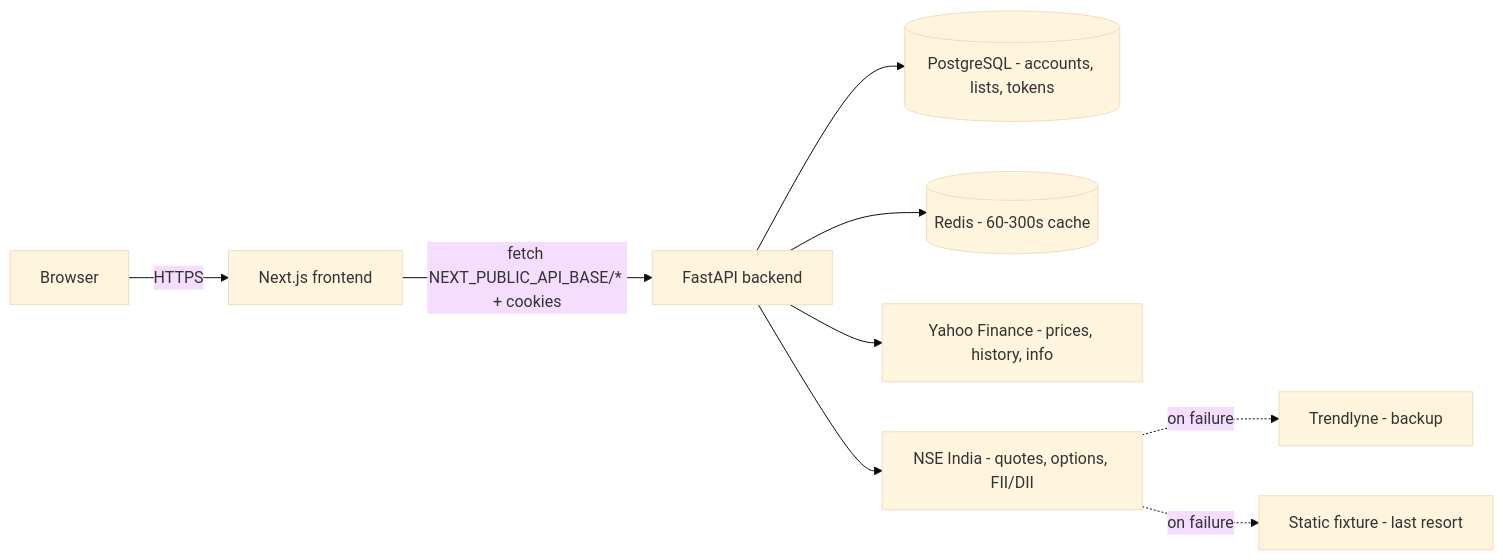
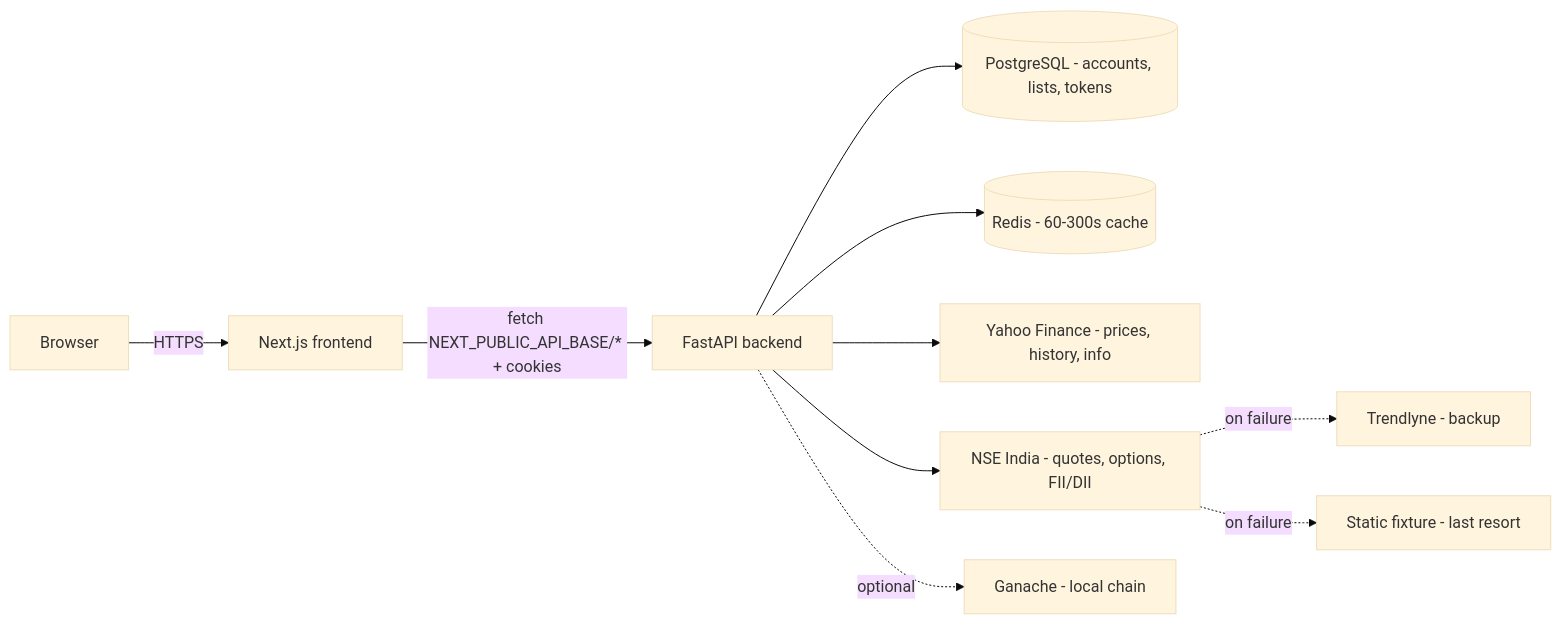
The first of 5 diagrams in docs/architecture.md (raunak-ray/StockView-India), drawn with Mermaid (base theme) before and after one commit. The commit also changed other lines of this file and 16 other files, not shown here.

````diff
--- a/docs/architecture.md
+++ b/docs/architecture.md
@@ -9,11 +9,12 @@
 ```mermaid
 flowchart LR
     Browser[Browser] -->|HTTPS| Next[Next.js frontend]
     Next -->|fetch NEXT_PUBLIC_API_BASE/* + cookies| FastAPI[FastAPI backend]
     FastAPI --> PG[(PostgreSQL - accounts, lists, tokens)]
     FastAPI --> RD[(Redis - 60-300s cache)]
     FastAPI --> YF[Yahoo Finance - prices, history, info]
     FastAPI --> NSE[NSE India - quotes, options, FII/DII]
+    FastAPI -.->|optional| Ganache[Ganache - local chain]
     NSE -.->|on failure| Trendlyne[Trendlyne - backup]
     NSE -.->|on failure| Static[Static fixture - last resort]
 ```
````
